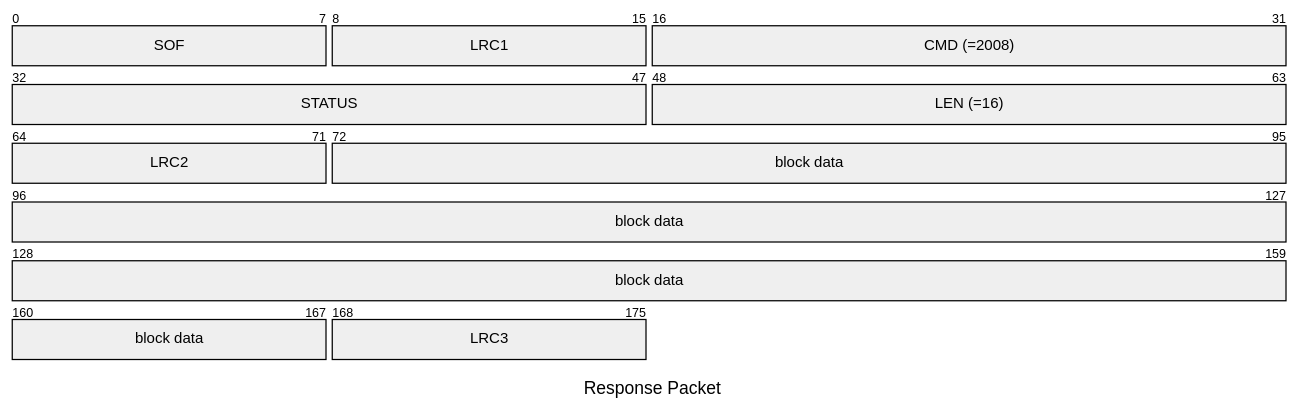
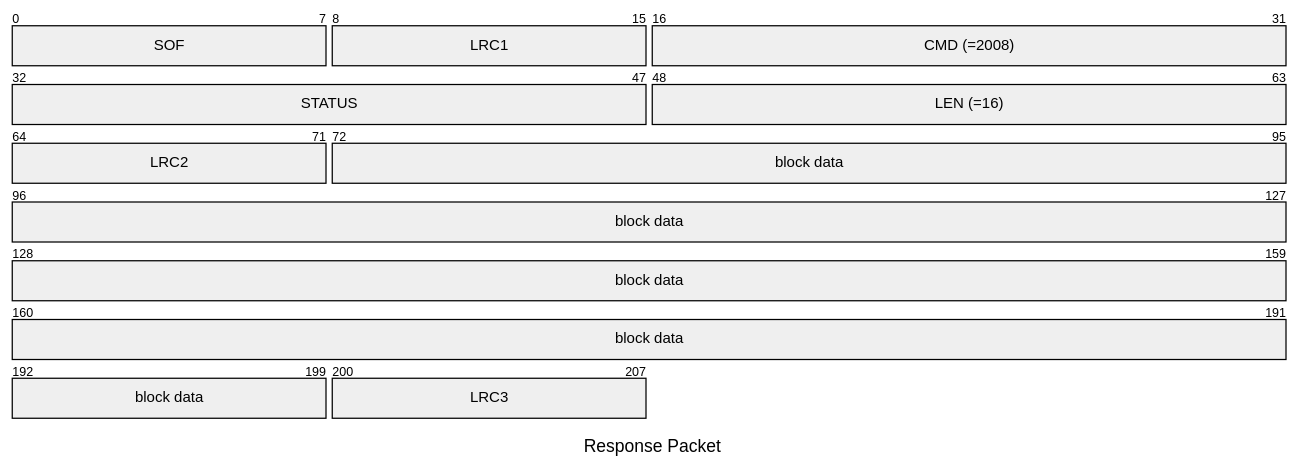
The second of 2 diagrams in protocol/2008.md (taichunmin/ChameleonUltraDocs), drawn with Mermaid before and after one commit. The commit also changed 3 other files, not shown here.

````diff
--- a/protocol/2008.md
+++ b/protocol/2008.md
@@ -31,14 +31,14 @@
 ```mermaid
 ---
 title: "Response Packet"
 ---
 packet
 +8: "SOF"
 +8: "LRC1"
 +16: "CMD (=2008)"
 +16: "STATUS"
 +16: "LEN (=16)"
 +8: "LRC2"
-+96: "block data"
++128: "block data"
 +8: "LRC3"
 ```
````
